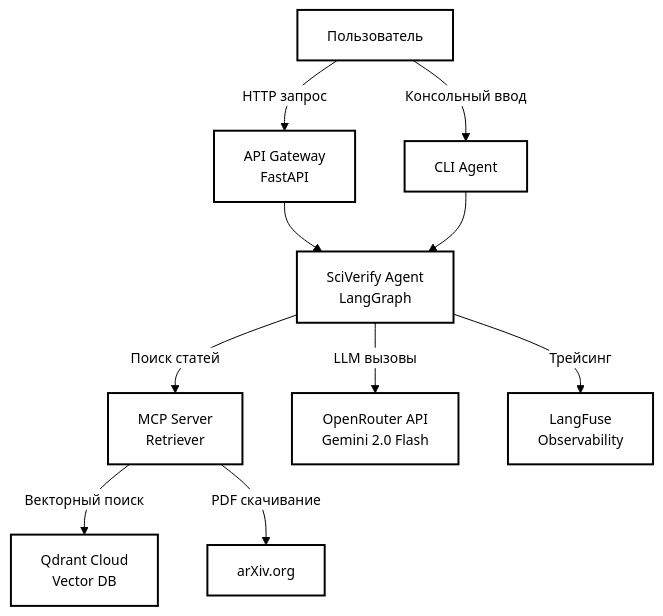
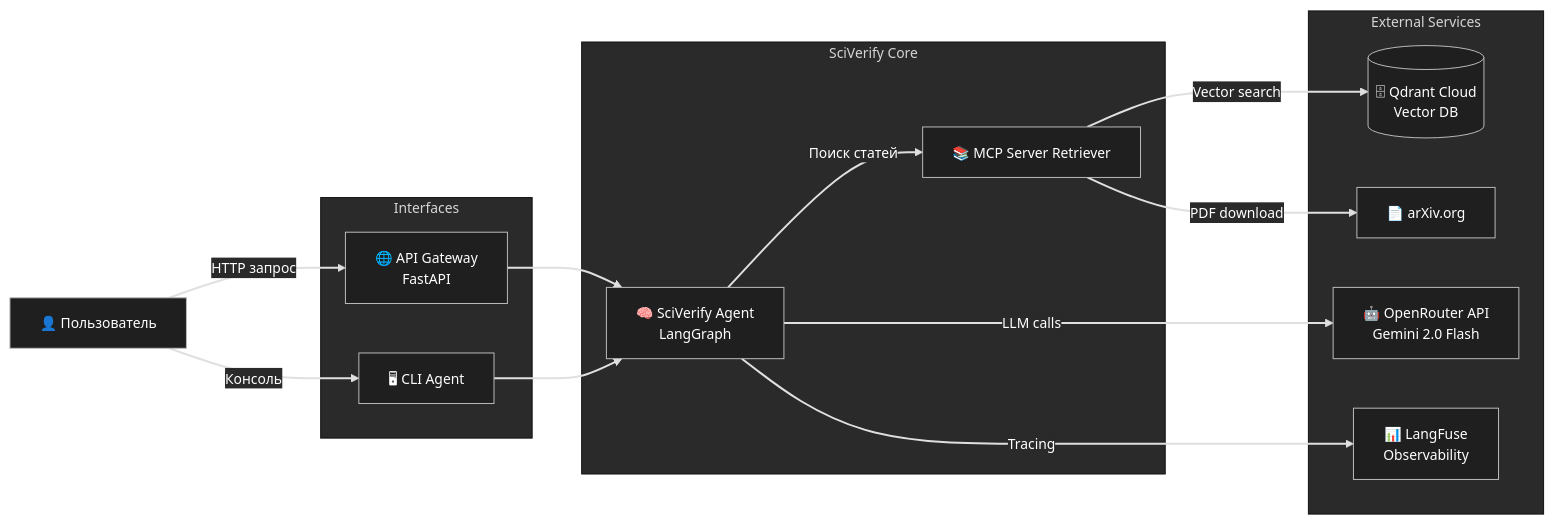
One commit to EugeneRomanov/agentic-rag-research-assistant changed the diagram in docs/diagrams/.ipynb_checkpoints/c4-context-checkpoint.md. Above: the diagram before and after it, drawn with Mermaid. The commit also changed 9 other files, not shown here.

Commit message:
docs: update diagrams and improve formatting

````diff
--- a/docs/diagrams/.ipynb_checkpoints/c4-context-checkpoint.md
+++ b/docs/diagrams/.ipynb_checkpoints/c4-context-checkpoint.md
@@ -1,29 +1,55 @@
 ```mermaid
 %%{init: {'theme': 'base', 'themeVariables': {
-  'background': '#ffffff',
-  'primaryColor': '#ffffff',
-  'primaryBorderColor': '#000000',
-  'primaryTextColor': '#000000',
-  'lineColor': '#000000',
-  'fontFamily': 'arial',
+  'background': 'transparent',
+  'primaryColor': '#1f1f1f',
+  'primaryBorderColor': '#bbbbbb',
+  'primaryTextColor': '#ffffff',
+  'secondaryColor': '#2a2a2a',
+  'tertiaryColor': '#2a2a2a',
+  'lineColor': '#e0e0e0',
+  'fontFamily': 'Inter, Arial',
   'fontSize': '14px'
 }}}%%
 
-graph TD
-    User[Пользователь] -->|HTTP запрос| API[API Gateway<br/>FastAPI]
-    User -->|Консольный ввод| CLI[CLI Agent]
-    
-    API --> Agent[SciVerify Agent<br/>LangGraph]
+flowchart LR
+
+    %% === User Layer ===
+    User[👤 Пользователь]
+
+    %% === Interfaces ===
+    subgraph Interfaces
+        API[🌐 API Gateway<br/>FastAPI]
+        CLI[🖥 CLI Agent]
+    end
+
+    %% === Core System ===
+    subgraph "SciVerify Core"
+        Agent[🧠 SciVerify Agent<br/>LangGraph]
+        MCP[📚 MCP Server Retriever]
+    end
+
+    %% === External Services ===
+    subgraph "External Services"
+        Qdrant[(🗄 Qdrant Cloud<br/>Vector DB)]
+        OpenRouter[🤖 OpenRouter API<br/>Gemini 2.0 Flash]
+        LangFuse[📊 LangFuse<br/>Observability]
+        ArXiv[📄 arXiv.org]
+    end
+
+    %% === Flows ===
+    User -->|HTTP запрос| API
+    User -->|Консоль| CLI
+
+    API --> Agent
     CLI --> Agent
-    
-    Agent -->|Поиск статей| MCP[MCP Server<br/>Retriever]
-    MCP -->|Векторный поиск| Qdrant[Qdrant Cloud<br/>Vector DB]
-    
-    Agent -->|LLM вызовы| OpenRouter[OpenRouter API<br/>Gemini 2.0 Flash]
-    Agent -->|Трейсинг| LangFuse[LangFuse<br/>Observability]
-    
-    MCP -->|PDF скачивание| ArXiv[arXiv.org]
-    
-    classDef white fill:#ffffff,stroke:#000000,stroke-width:2px,color:#000000
-    class User,API,CLI,Agent,MCP,Qdrant,OpenRouter,LangFuse,ArXiv white
+
+    Agent -->|Поиск статей| MCP
+    MCP -->|Vector search| Qdrant
+    MCP -->|PDF download| ArXiv
+
+    Agent -->|LLM calls| OpenRouter
+    Agent -->|Tracing| LangFuse
+
+    %% === Visibility fix ===
+    linkStyle default stroke:#e0e0e0,stroke-width:2px
 ```
````
